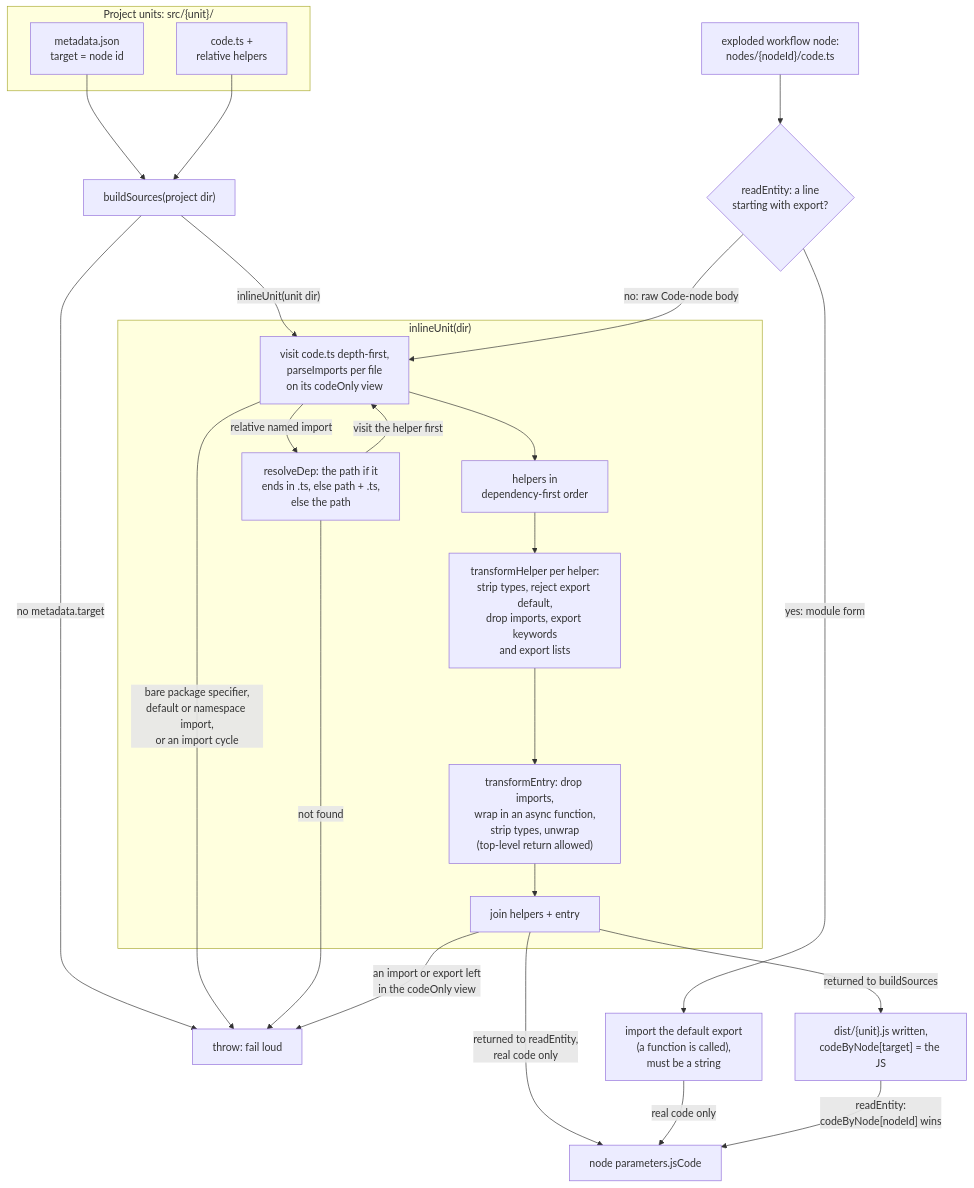
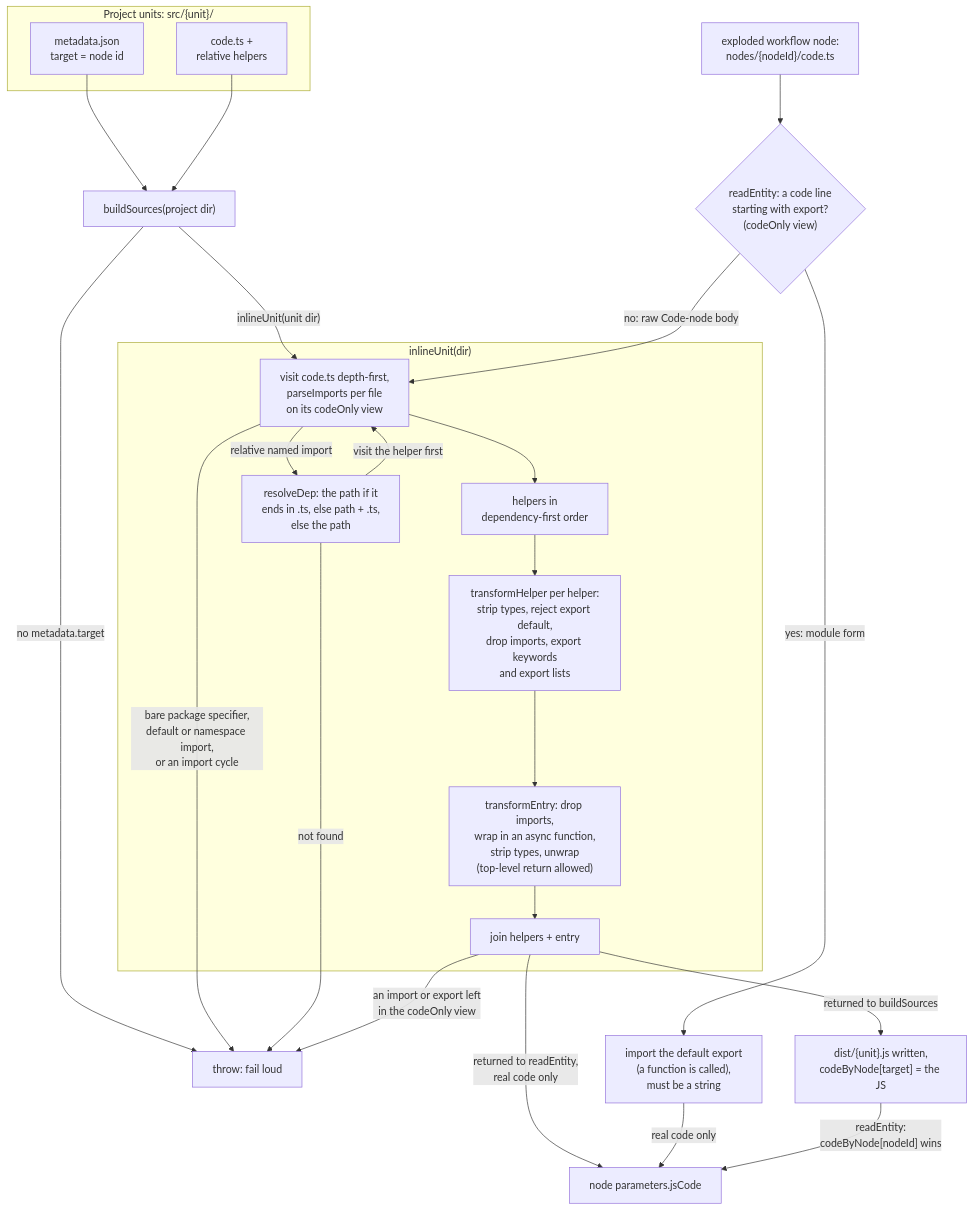
One commit to nullseal/n8c changed diagram 11 of 15 in docs/ARCHITECTURE.md. Above: the diagram before and after it, drawn with Mermaid. The commit also changed other lines of this file and 5 other files, not shown here.

First line of the commit message:
fix: layout routes a code.ts to module form on real exports only; scanner moves to code-only.ts

````diff
--- a/docs/ARCHITECTURE.md
+++ b/docs/ARCHITECTURE.md
@@ -661,31 +661,31 @@
 ```mermaid
 flowchart TD
     subgraph SRC["Project units: src/{unit}/"]
         UMETA["metadata.json<br/>target = node id"]
         UCODE["code.ts +<br/>relative helpers"]
     end
     NCODE["exploded workflow node:<br/>nodes/{nodeId}/code.ts"]
     UMETA --> BS["buildSources(project dir)"]
     UCODE --> BS
     BS -->|"no metadata.target"| THROW
     BS -->|"inlineUnit(unit dir)"| V
-    NCODE --> FORM{"readEntity: a line<br/>starting with export?"}
+    NCODE --> FORM{"readEntity: a code line<br/>starting with export?<br/>(codeOnly view)"}
     FORM -->|"yes: module form"| MOD["import the default export<br/>(a function is called),<br/>must be a string"]
     FORM -->|"no: raw Code-node body"| V
     subgraph INLINE["inlineUnit(dir)"]
         V["visit code.ts depth-first,<br/>parseImports per file<br/>on its codeOnly view"]
         V -->|"relative named import"| RD["resolveDep: the path if it<br/>ends in .ts, else path + .ts,<br/>else the path"]
         RD -->|"visit the helper first"| V
         V --> ORD["helpers in<br/>dependency-first order"]
         ORD --> TH["transformHelper per helper:<br/>strip types, reject export default,<br/>drop imports, export keywords<br/>and export lists"]
         TH --> TE["transformEntry: drop imports,<br/>wrap in an async function,<br/>strip types, unwrap<br/>(top-level return allowed)"]
         TE --> JOIN["join helpers + entry"]
     end
     V -->|"bare package specifier,<br/>default or namespace import,<br/>or an import cycle"| THROW["throw: fail loud"]
     RD -->|"not found"| THROW
     JOIN -->|"an import or export left<br/>in the codeOnly view"| THROW
     JOIN -->|"returned to buildSources"| BOUT["dist/{unit}.js written,<br/>codeByNode[target] = the JS"]
     JOIN -->|"returned to readEntity,<br/>real code only"| PARAM["node parameters.jsCode"]
     MOD -->|"real code only"| PARAM
     BOUT -->|"readEntity:<br/>codeByNode[nodeId] wins"| PARAM
 ```
````
